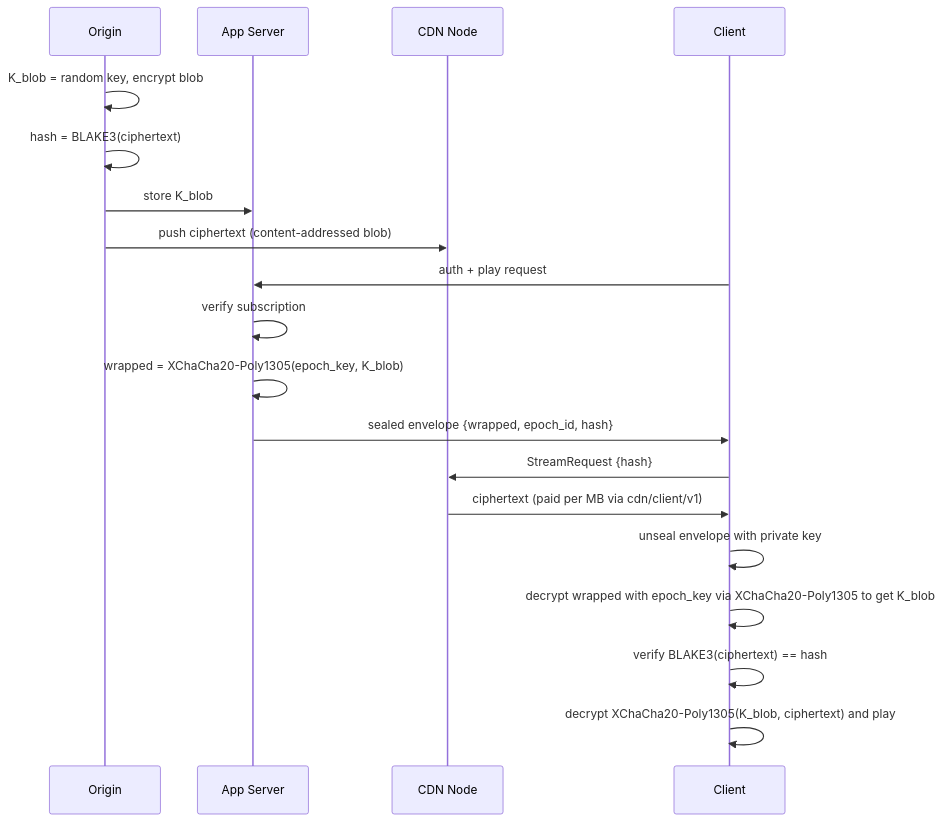
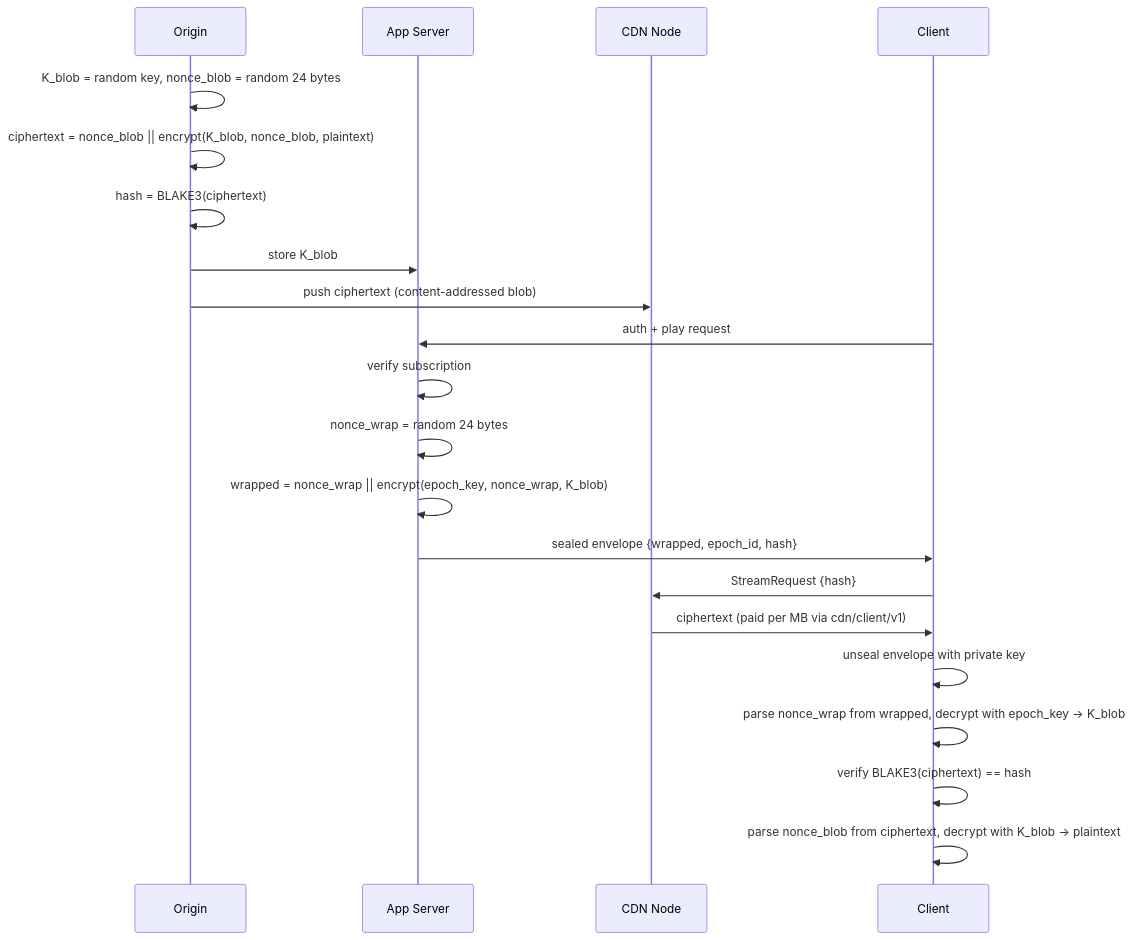
Before and after one commit to decdn/decdn: the second of 4 diagrams in adr/006-e2e-encryption.md, drawn with Mermaid. The commit also changed other lines of this file, not shown here.

First line of the commit message:
docs: specify XChaCha20-Poly1305 nonce storage in ADR 006 (#112)

````diff
--- a/adr/006-e2e-encryption.md
+++ b/adr/006-e2e-encryption.md
@@ -107,25 +113,27 @@
 ```mermaid
 sequenceDiagram
     participant O as Origin
     participant A as App Server
     participant N as CDN Node
     participant C as Client
 
-    O->>O: K_blob = random key, encrypt blob
+    O->>O: K_blob = random key, nonce_blob = random 24 bytes
+    O->>O: ciphertext = nonce_blob || encrypt(K_blob, nonce_blob, plaintext)
     O->>O: hash = BLAKE3(ciphertext)
     O->>A: store K_blob
     O->>N: push ciphertext (content-addressed blob)
 
     C->>A: auth + play request
     A->>A: verify subscription
-    A->>A: wrapped = XChaCha20-Poly1305(epoch_key, K_blob)
+    A->>A: nonce_wrap = random 24 bytes
+    A->>A: wrapped = nonce_wrap || encrypt(epoch_key, nonce_wrap, K_blob)
     A->>C: sealed envelope {wrapped, epoch_id, hash}
 
     C->>N: StreamRequest {hash}
     N->>C: ciphertext (paid per MB via cdn/client/v1)
 
     C->>C: unseal envelope with private key
-    C->>C: decrypt wrapped with epoch_key via XChaCha20-Poly1305 to get K_blob
+    C->>C: parse nonce_wrap from wrapped, decrypt with epoch_key -> K_blob
     C->>C: verify BLAKE3(ciphertext) == hash
-    C->>C: decrypt XChaCha20-Poly1305(K_blob, ciphertext) and play
+    C->>C: parse nonce_blob from ciphertext, decrypt with K_blob -> plaintext
 ```
````
